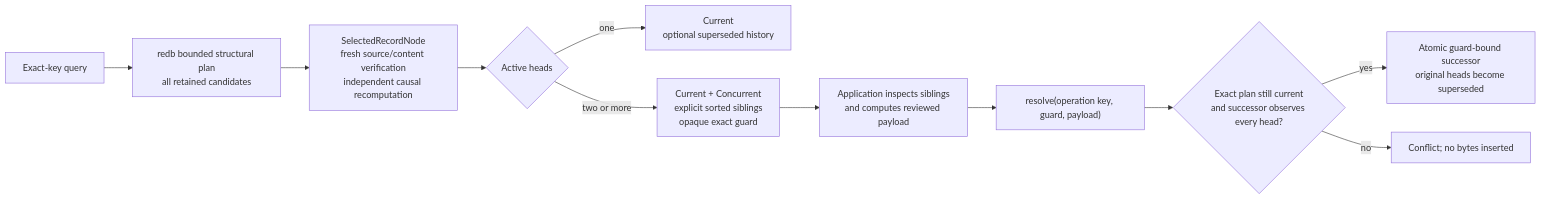
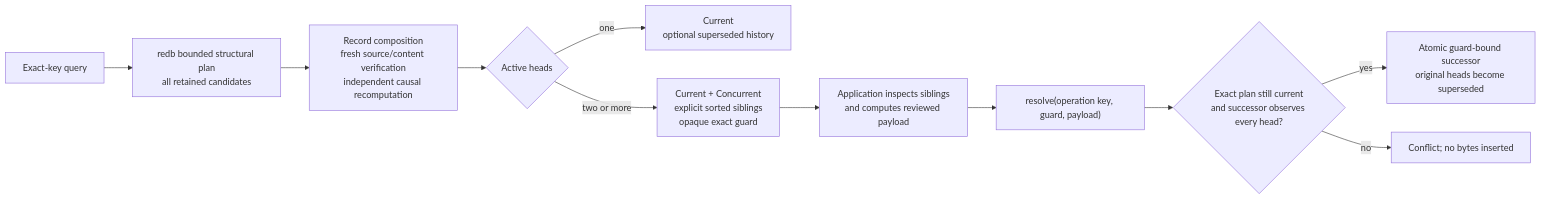
One commit to asirak-astertech/aster changed the fourth of 8 diagrams in docs/architecture.md. Above: the diagram before and after it, drawn with Mermaid. The commit also changed other lines of this file and 29 other files, not shown here.

First line of the commit message:
Add live selected State and Record application handles (#43)

````diff
--- a/docs/architecture.md
+++ b/docs/architecture.md
@@ -188,13 +199,13 @@
 ```mermaid
 flowchart LR
     Q["Exact-key query"] --> P["redb bounded structural plan<br/>all retained candidates"]
-    P --> V["SelectedRecordNode<br/>fresh source/content verification<br/>independent causal recomputation"]
+    P --> V["Record composition<br/>fresh source/content verification<br/>independent causal recomputation"]
     V --> H{"Active heads"}
     H -->|one| C["Current<br/>optional superseded history"]
     H -->|two or more| F["Current + Concurrent<br/>explicit sorted siblings<br/>opaque exact guard"]
     F --> A["Application inspects siblings<br/>and computes reviewed payload"]
     A --> R["resolve(operation key, guard, payload)"]
     R --> G{"Exact plan still current<br/>and successor observes every head?"}
     G -->|yes| S["Atomic guard-bound successor<br/>original heads become superseded"]
     G -->|no| X["Conflict; no bytes inserted"]
 ```
````
